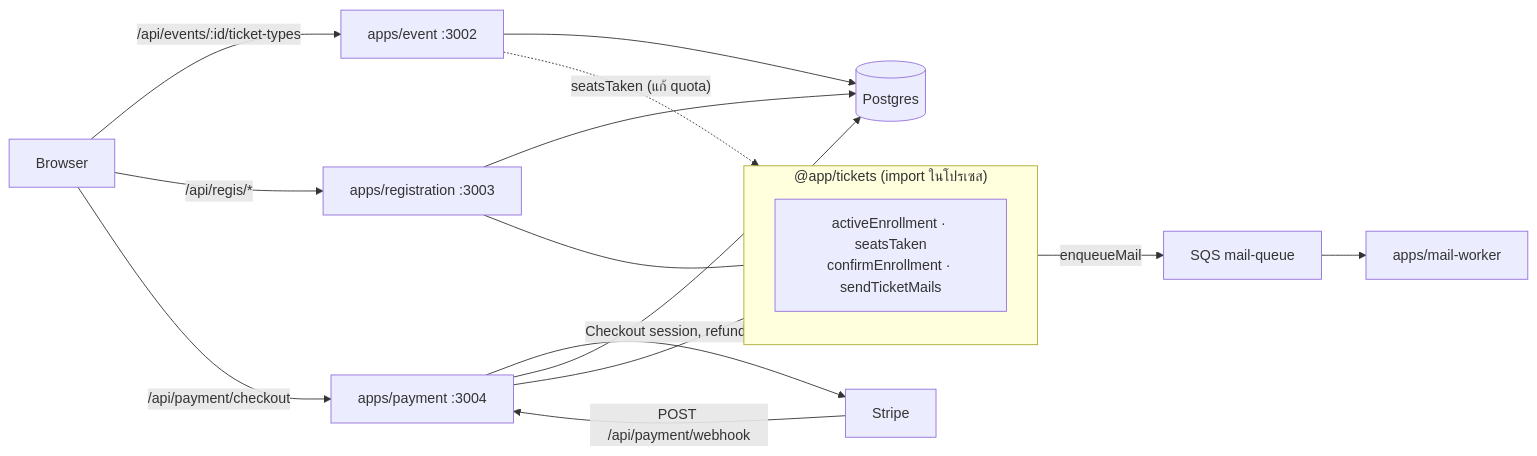
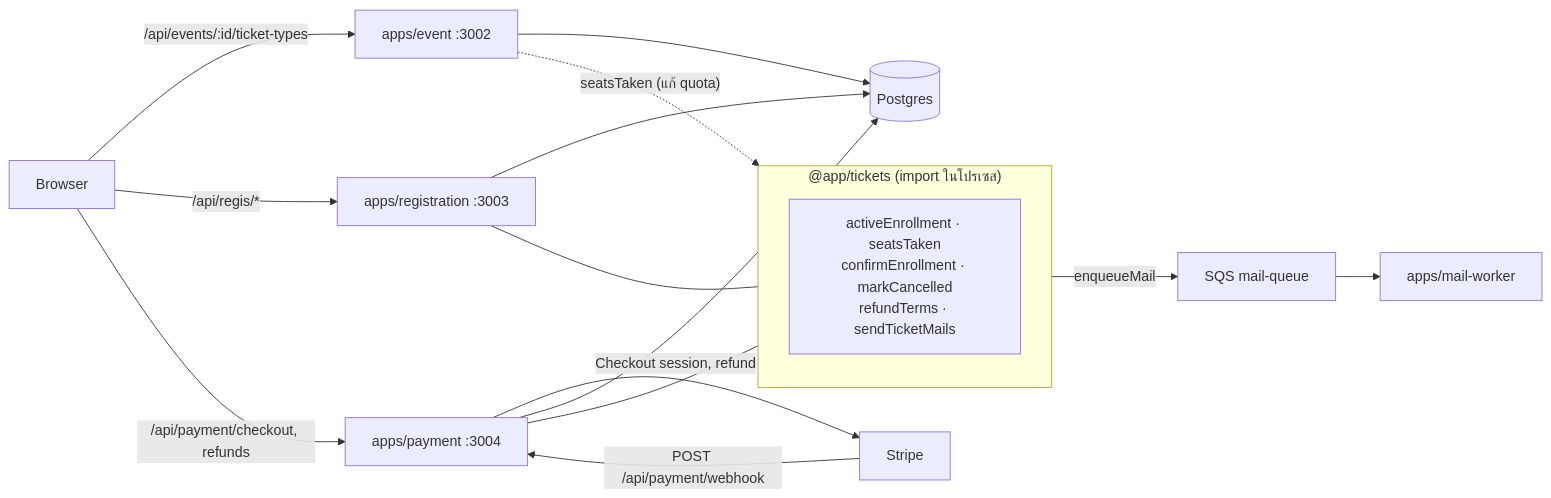
Before and after one commit to Phoz07/Cloud_Computing2026-Project: the first of 4 diagrams in docs/tickets.md, drawn with Mermaid. The commit also changed other lines of this file and 46 other files, not shown here.

````diff
--- a/docs/tickets.md
+++ b/docs/tickets.md
@@ -27,20 +28,20 @@
 ```mermaid
 flowchart LR
   B["Browser"] -->|"/api/events/:id/ticket-types"| E["apps/event :3002"]
   B -->|"/api/regis/*"| R["apps/registration :3003"]
-  B -->|"/api/payment/checkout"| P["apps/payment :3004"]
+  B -->|"/api/payment/checkout, refunds"| P["apps/payment :3004"]
   S["Stripe"] -->|"POST /api/payment/webhook"| P
   P -->|"Checkout session, refund"| S
 
   subgraph lib ["@app/tickets (import ในโปรเซส)"]
-    T["activeEnrollment · seatsTaken<br/>confirmEnrollment · sendTicketMails"]
+    T["activeEnrollment · seatsTaken<br/>confirmEnrollment · markCancelled<br/>refundTerms · sendTicketMails"]
   end
   R --- lib
   P --- lib
   E -.->|"seatsTaken (แก้ quota)"| lib
 
   E --> DB[("Postgres")]
   R --> DB
   P --> DB
   lib -->|"enqueueMail"| Q["SQS mail-queue"] --> W["apps/mail-worker"]
 ```
````
